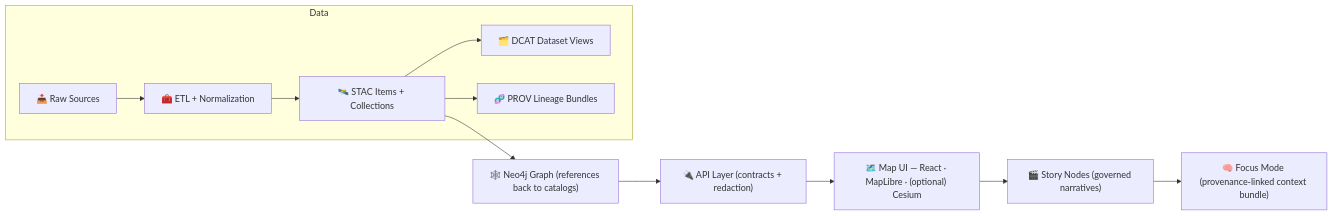
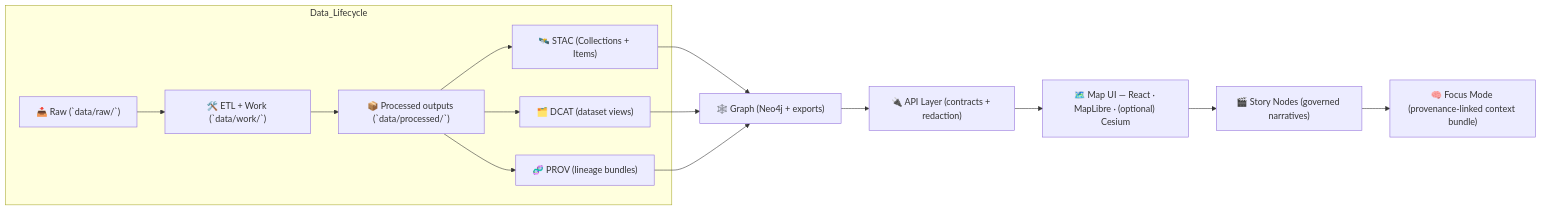
One commit to bartytime4life/Kansas-Frontier-Matrix changed the diagram in data/stac/README.md. Above: the diagram before and after it, drawn with Mermaid. The commit also changed other lines of this file, not shown here.

````diff
--- a/data/stac/README.md
+++ b/data/stac/README.md
@@ -130,15 +205,18 @@
 ```mermaid
 flowchart LR
-  subgraph Data
-    A["📥 Raw Sources"] --> B["🧰 ETL + Normalization"]
-    B --> C["🛰️ STAC Items + Collections"]
-    C --> D["🗂️ DCAT Dataset Views"]
-    C --> E["🧬 PROV Lineage Bundles"]
+  subgraph Data_Lifecycle
+    A["📥 Raw (`data/raw/`)"] --> B["🛠️ ETL + Work (`data/work/`)"]
+    B --> C["📦 Processed outputs (`data/processed/`)"]
+    C --> S["🛰️ STAC (Collections + Items)"]
+    C --> D["🗂️ DCAT (dataset views)"]
+    C --> P["🧬 PROV (lineage bundles)"]
   end
 
-  C --> G["🕸️ Neo4j Graph (references back to catalogs)"]
+  S --> G["🕸️ Graph (Neo4j + exports)"]
+  D --> G
+  P --> G
   G --> H["🔌 API Layer (contracts + redaction)"]
   H --> I["🗺️ Map UI — React · MapLibre · (optional) Cesium"]
   I --> J["🎬 Story Nodes (governed narratives)"]
   J --> K["🧠 Focus Mode (provenance-linked context bundle)"]
 ```
````
